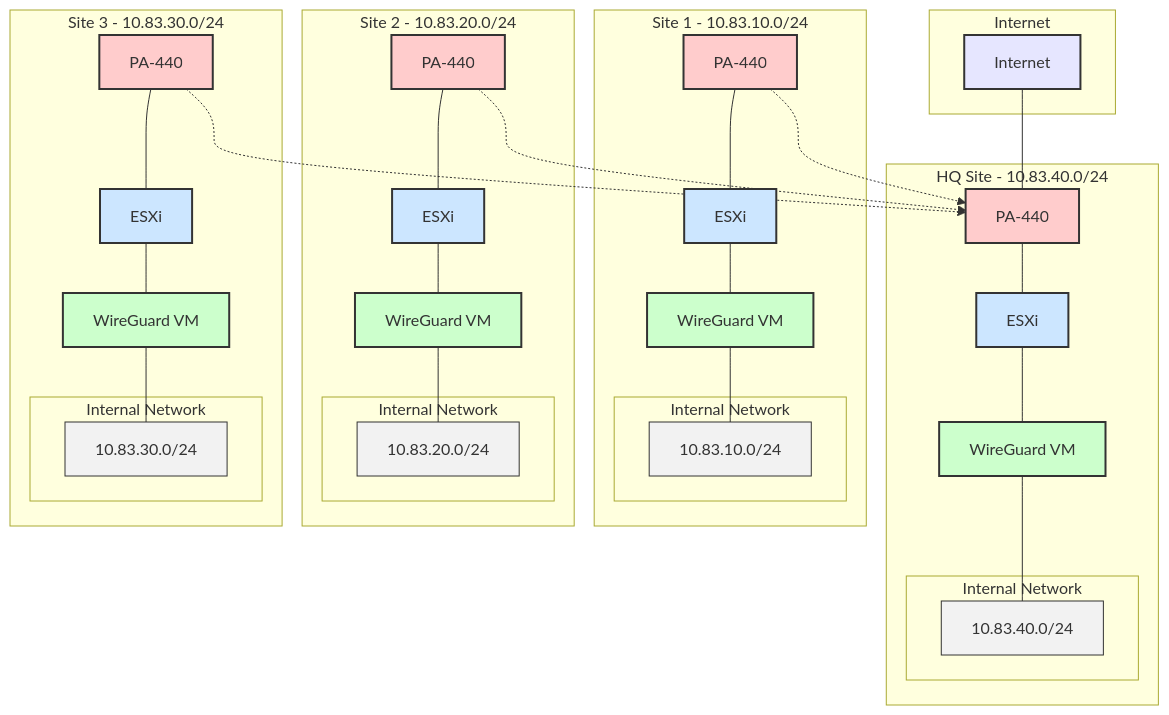
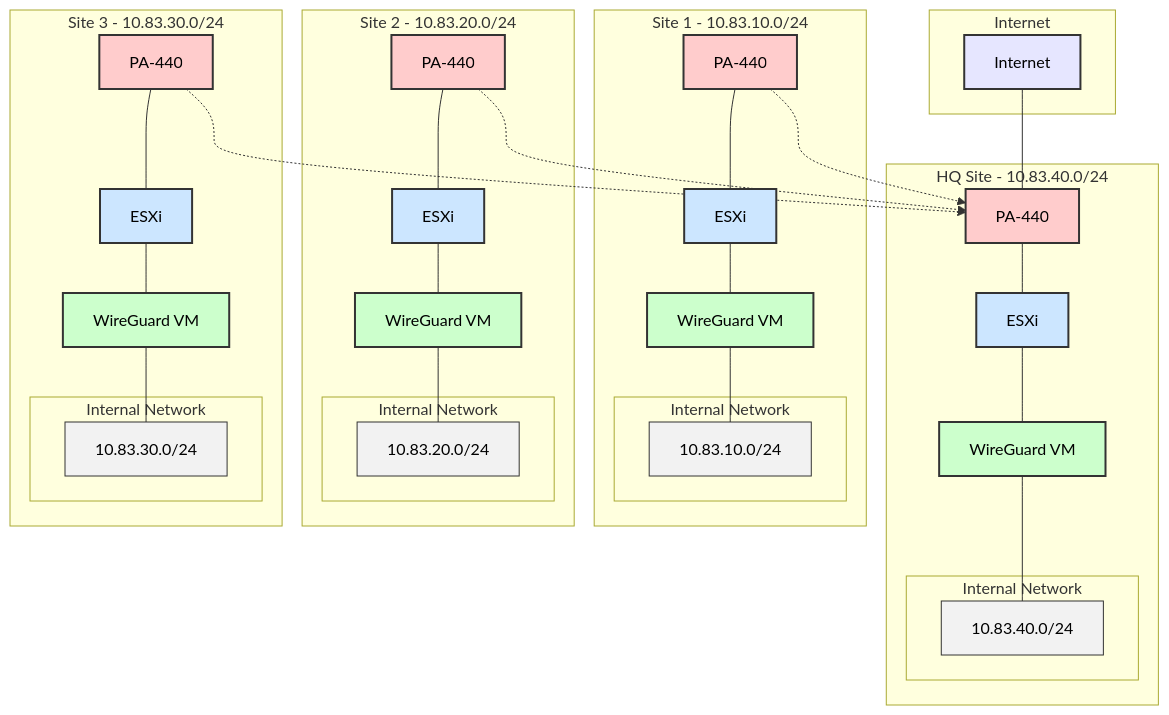
One commit to MarkusReadius/wireguard-pa440-vpn-guide changed the diagram in README.md. Above: the diagram before and after it, drawn with Mermaid.

Commit message:
Update network diagram with black font for better readability

````diff
--- a/README.md
+++ b/README.md
@@ -7,74 +7,74 @@
 ```mermaid
 graph TB
     subgraph Internet
         inet[Internet]
     end
 
     subgraph HQ[HQ Site - 10.83.40.0/24]
         pa440_hq[PA-440]
         esxi_hq[ESXi]
         wg_hq[WireGuard VM]
         subgraph HQ_Network[Internal Network]
             hq_net[10.83.40.0/24]
         end
     end
 
     subgraph Site1[Site 1 - 10.83.10.0/24]
         pa440_1[PA-440]
         esxi_1[ESXi]
         wg_1[WireGuard VM]
         subgraph Site1_Network[Internal Network]
             site1_net[10.83.10.0/24]
         end
     end
 
     subgraph Site2[Site 2 - 10.83.20.0/24]
         pa440_2[PA-440]
         esxi_2[ESXi]
         wg_2[WireGuard VM]
         subgraph Site2_Network[Internal Network]
             site2_net[10.83.20.0/24]
         end
     end
 
     subgraph Site3[Site 3 - 10.83.30.0/24]
         pa440_3[PA-440]
         esxi_3[ESXi]
         wg_3[WireGuard VM]
         subgraph Site3_Network[Internal Network]
             site3_net[10.83.30.0/24]
         end
     end
 
     inet --- pa440_hq
     pa440_1 -.-> pa440_hq
     pa440_2 -.-> pa440_hq
     pa440_3 -.-> pa440_hq
 
     pa440_hq --- esxi_hq
     pa440_1 --- esxi_1
     pa440_2 --- esxi_2
     pa440_3 --- esxi_3
 
     esxi_hq --- wg_hq
     esxi_1 --- wg_1
     esxi_2 --- wg_2
     esxi_3 --- wg_3
 
     wg_hq --- hq_net
     wg_1 --- site1_net
     wg_2 --- site2_net
     wg_3 --- site3_net
 
-    classDef internet fill:#e6e6ff,stroke:#333,stroke-width:2px;
-    classDef firewall fill:#ffcccc,stroke:#333,stroke-width:2px;
-    classDef esxi fill:#cce6ff,stroke:#333,stroke-width:2px;
-    classDef wireguard fill:#ccffcc,stroke:#333,stroke-width:2px;
-    classDef network fill:#f2f2f2,stroke:#333,stroke-width:1px;
+    classDef internet fill:#e6e6ff,stroke:#333,stroke-width:2px,color:#000;
+    classDef firewall fill:#ffcccc,stroke:#333,stroke-width:2px,color:#000;
+    classDef esxi fill:#cce6ff,stroke:#333,stroke-width:2px,color:#000;
+    classDef wireguard fill:#ccffcc,stroke:#333,stroke-width:2px,color:#000;
+    classDef network fill:#f2f2f2,stroke:#333,stroke-width:1px,color:#000;
 
     class inet internet;
     class pa440_hq,pa440_1,pa440_2,pa440_3 firewall;
     class esxi_hq,esxi_1,esxi_2,esxi_3 esxi;
     class wg_hq,wg_1,wg_2,wg_3 wireguard;
     class hq_net,site1_net,site2_net,site3_net network;
 ```
````
